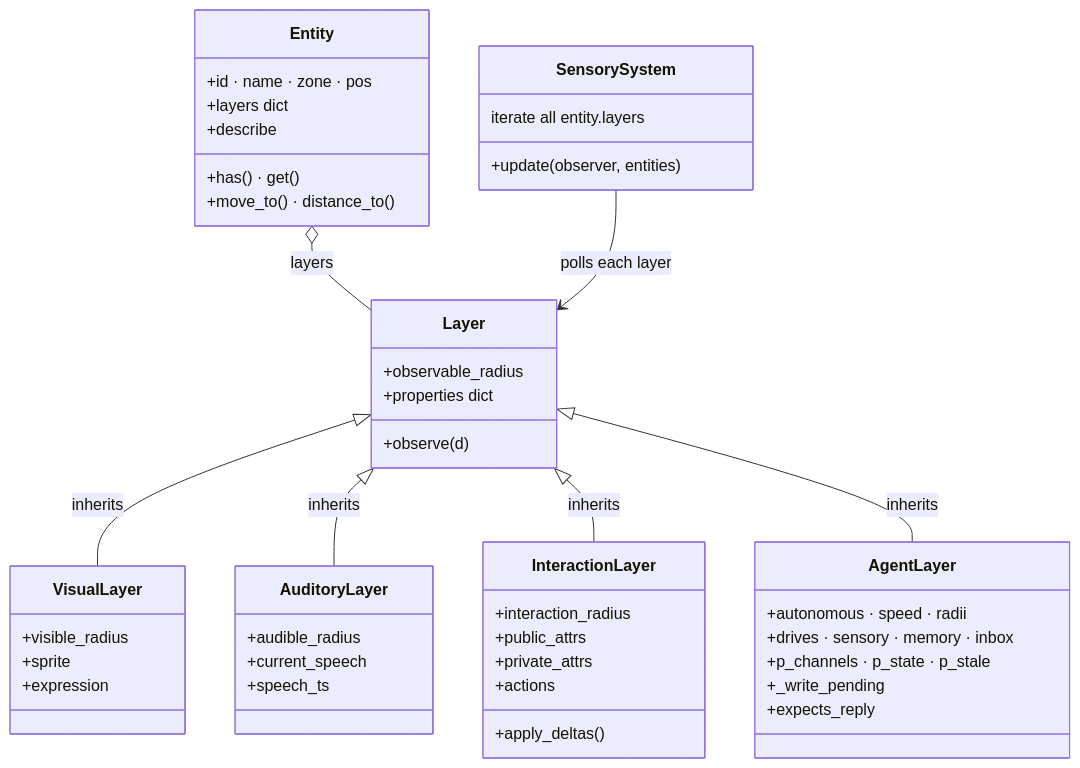
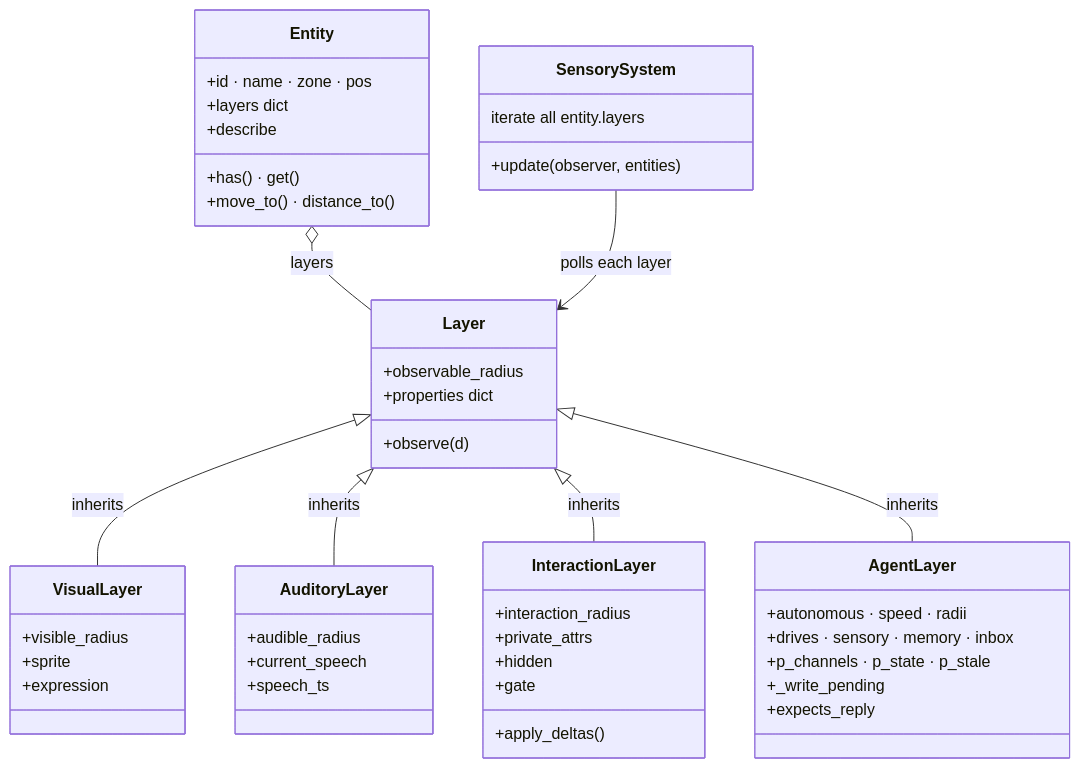
Before and after one commit to flaverse/AgentWorld_Async_UI: the fourth of 5 diagrams in README.md, drawn with Mermaid. The commit also changed other lines of this file and 8 other files, not shown here.

````diff
--- a/README.md
+++ b/README.md
@@ -181,57 +181,57 @@
 ```mermaid
 classDiagram
     class Layer {
         +observable_radius
         +properties dict
         +observe(d)
     }
 
     class VisualLayer {
         +visible_radius
         +sprite
         +expression
     }
 
     class AuditoryLayer {
         +audible_radius
         +current_speech
         +speech_ts
     }
 
     class InteractionLayer {
         +interaction_radius
-        +public_attrs
         +private_attrs
-        +actions
+        +hidden
+        +gate
         +apply_deltas()
     }
 
     class AgentLayer {
         +autonomous · speed · radii
         +drives · sensory · memory · inbox
         +p_channels · p_state · p_stale
         +_write_pending
         +expects_reply
     }
 
     class Entity {
         +id · name · zone · pos
         +layers dict
         +describe
         +has() · get()
         +move_to() · distance_to()
     }
 
     Layer <|-- VisualLayer : inherits
     Layer <|-- AuditoryLayer : inherits
     Layer <|-- InteractionLayer : inherits
     Layer <|-- AgentLayer : inherits
     Entity o-- Layer : layers
 
     class SensorySystem {
         +update(observer, entities)
         iterate all entity.layers
     }
 
     SensorySystem --> Layer : polls each layer
 ```
````
